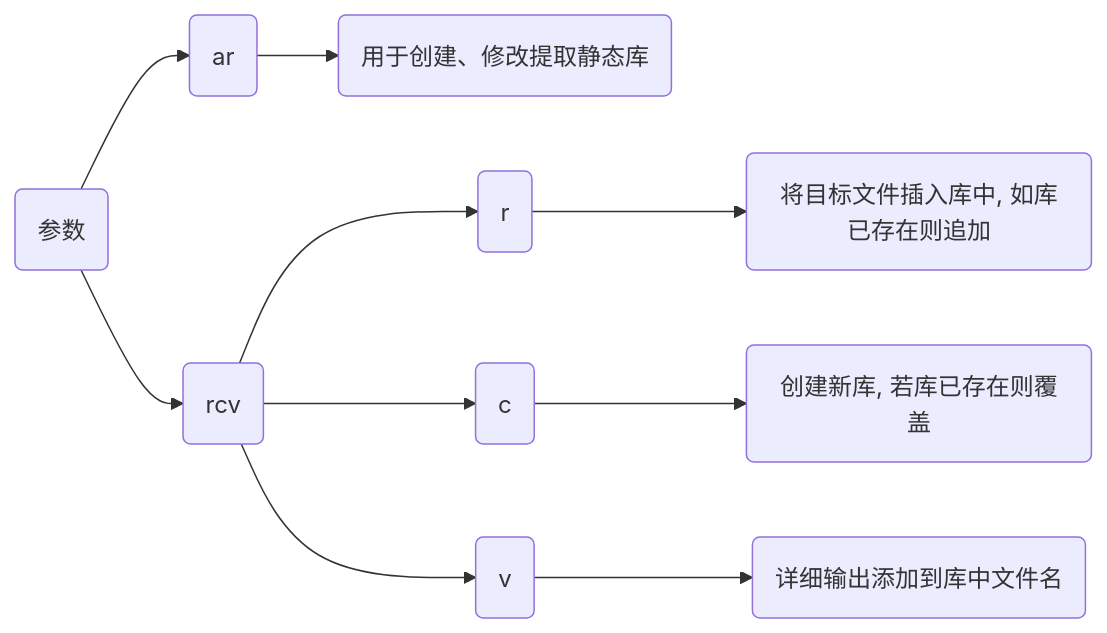
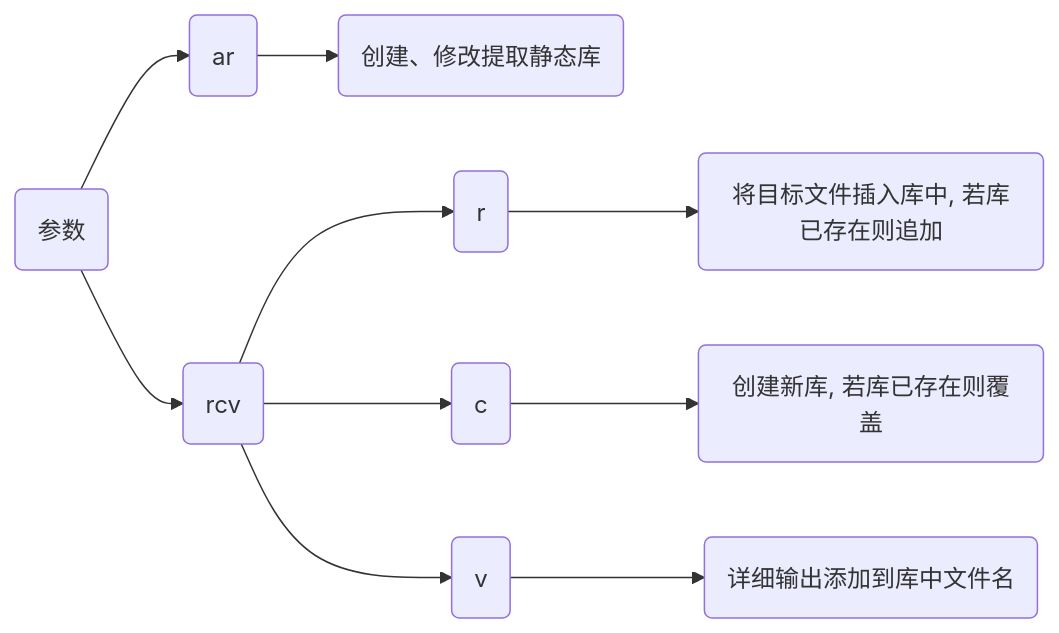
Before and after one commit to dmjcb/dmjcb.github.io: the second of 2 diagrams in _posts/language/c_c++/library/2022-08-15-静态库.md, drawn with Mermaid. The commit also changed other lines of this file and 61 other files, not shown here.

Commit message:
添加代码运行图片

````diff
--- a/_posts/language/c_c++/library/2022-08-15-静态库.md
+++ b/_posts/language/c_c++/library/2022-08-15-静态库.md
@@ -58,9 +58,9 @@
 ```mermaid
 graph LR;
     X(参数)
-    X-->A(ar)-->A1(用于创建、修改提取静态库)
+    X-->A(ar)-->A1(创建、修改提取静态库)
     X-->B(rcv)
-        B-->B1("r")-->B11(将目标文件插入库中, 如库已存在则追加)
+        B-->B1("r")-->B11(将目标文件插入库中, 若库已存在则追加)
         B-->B2("c") -->B21(创建新库, 若库已存在则覆盖)
         B -->B3("v") -->B31(详细输出添加到库中文件名)
 ```
````
